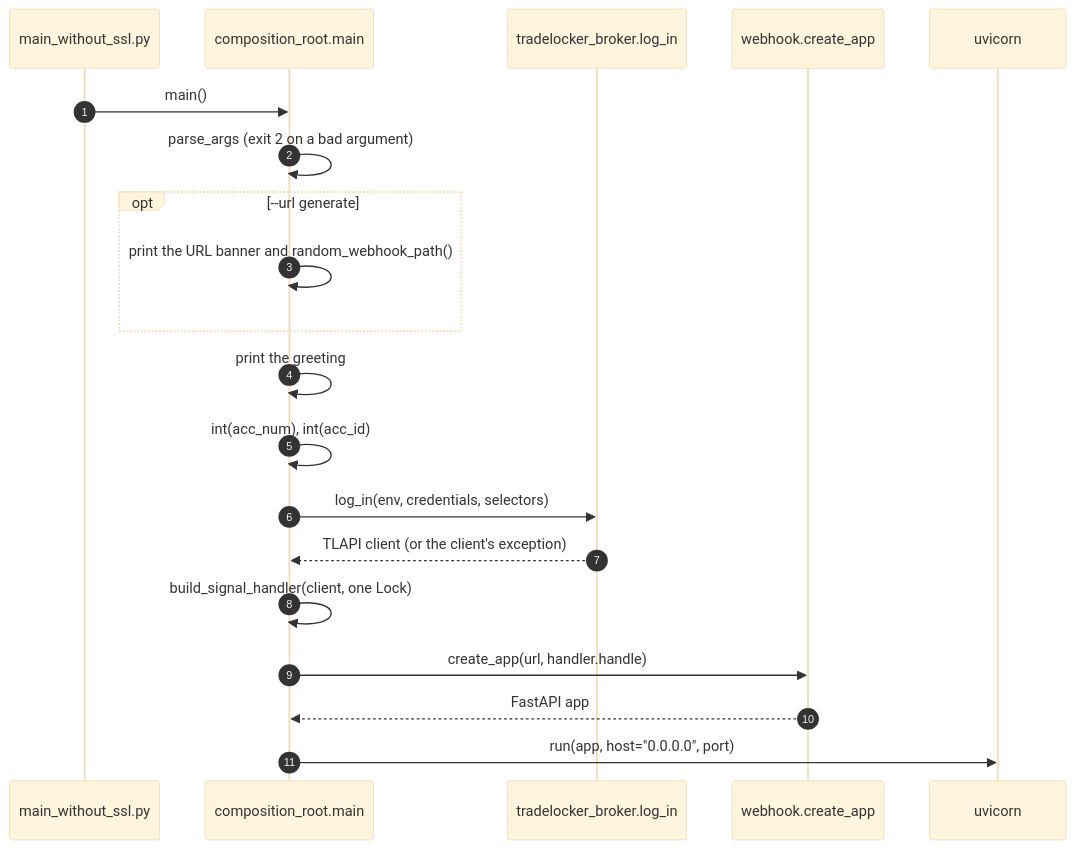
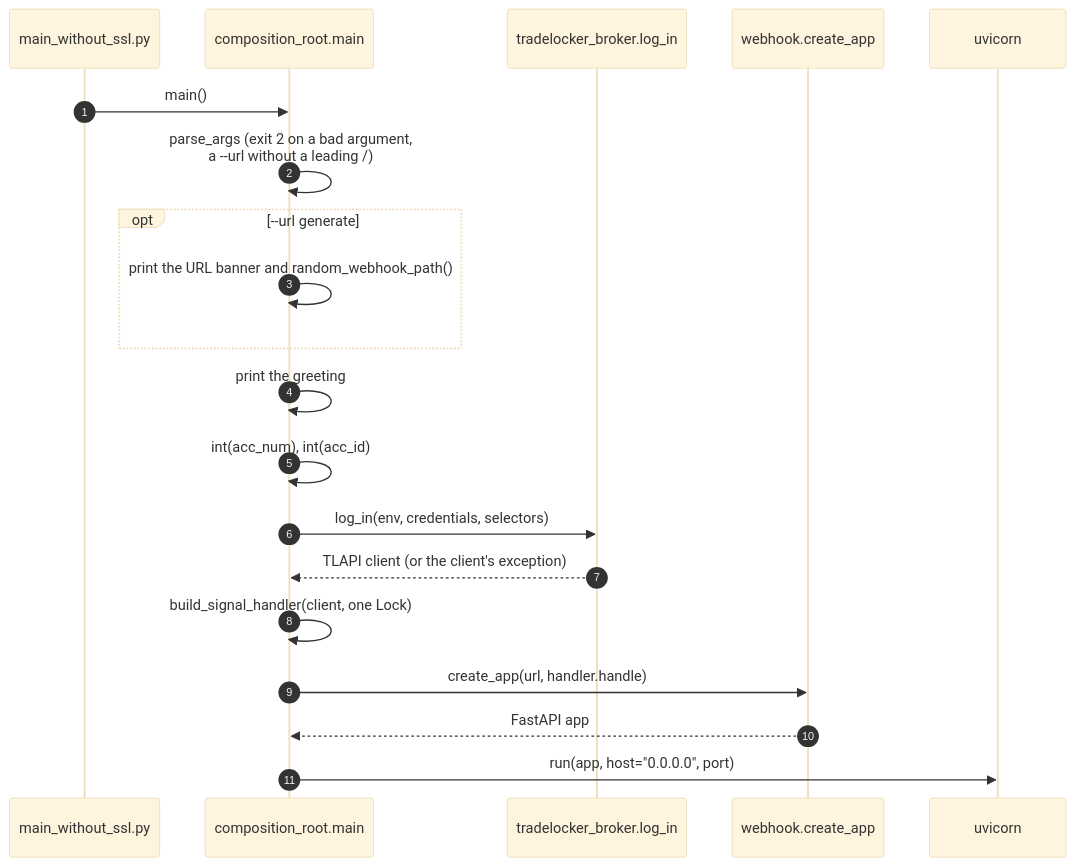
One commit to Akinzou/TradeLockerBot changed the second of 6 diagrams in docs/architecture.md. Above: the diagram before and after it, drawn with Mermaid (base theme). The commit also changed other lines of this file and 6 other files, not shown here.

First line of the commit message:
fix: refuse a webhook path without a leading slash (roadmap step 6d)

````diff
--- a/docs/architecture.md
+++ b/docs/architecture.md
@@ -93,22 +93,22 @@
 ```mermaid
 sequenceDiagram
     autonumber
     participant EP as main_without_ssl.py
     participant CR as composition_root.main
     participant TB as tradelocker_broker.log_in
     participant WH as webhook.create_app
     participant U as uvicorn
     EP->>CR: main()
-    CR->>CR: parse_args (exit 2 on a bad argument)
+    CR->>CR: parse_args (exit 2 on a bad argument,<br/>a --url without a leading /)
     opt --url generate
         CR->>CR: print the URL banner and random_webhook_path()
     end
     CR->>CR: print the greeting
     CR->>CR: int(acc_num), int(acc_id)
     CR->>TB: log_in(env, credentials, selectors)
     TB-->>CR: TLAPI client (or the client's exception)
     CR->>CR: build_signal_handler(client, one Lock)
     CR->>WH: create_app(url, handler.handle)
     WH-->>CR: FastAPI app
     CR->>U: run(app, host="0.0.0.0", port)
 ```
````
